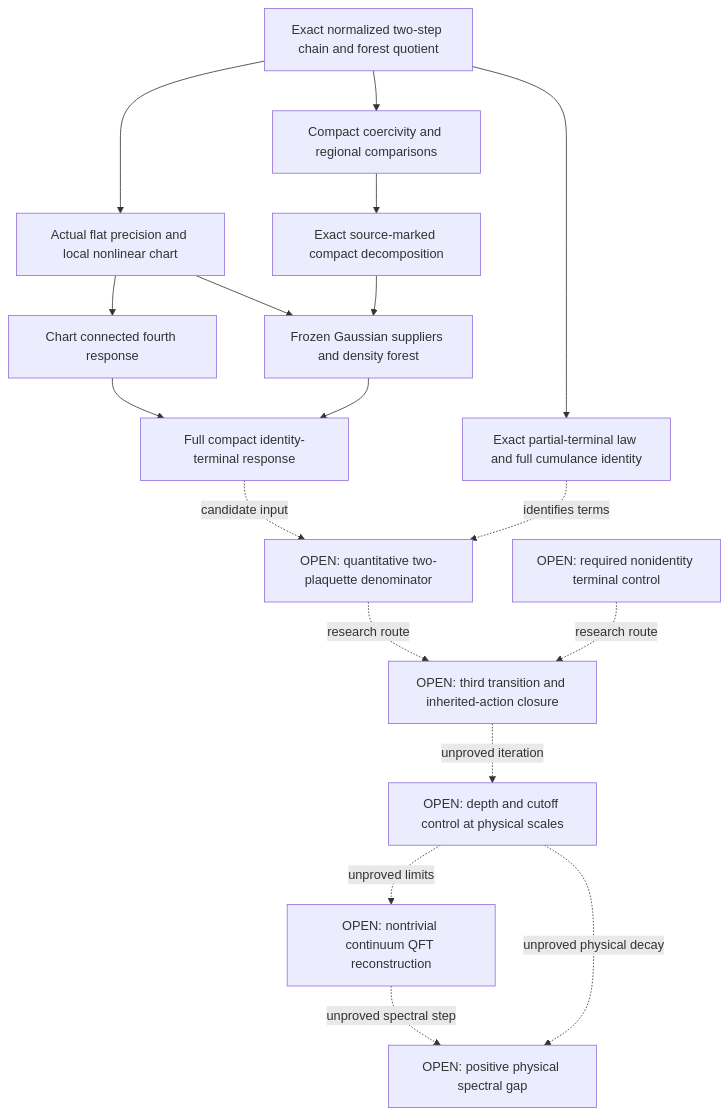
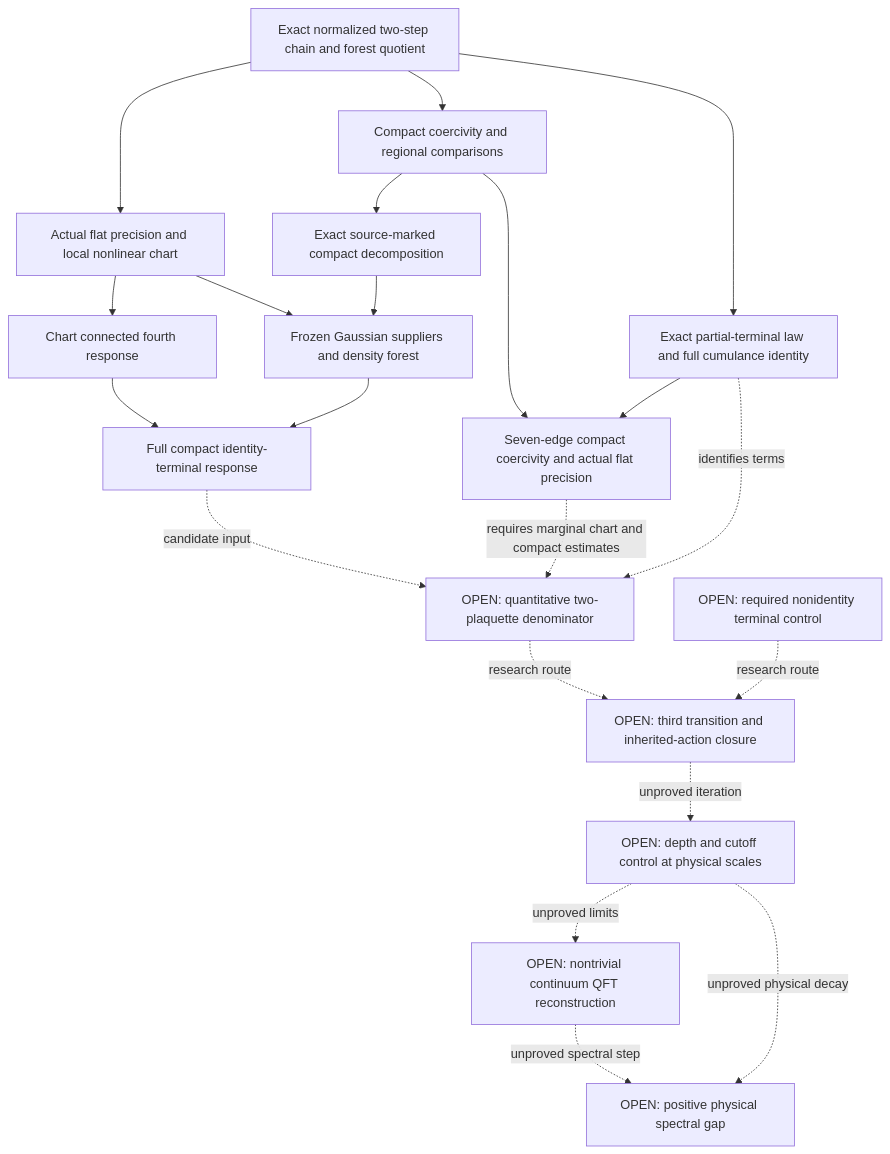
One commit to jonathonreilly/qubit-lattice-axiom-framework changed the diagram in .claude/science/physics-loops/su2-gauge-aligned-response-20261108/PROOF_TREE.md. Above: the diagram before and after it, drawn with Mermaid. The commit also changed other lines of this file and 18 other files, not shown here.

Commit message:
Prove compact coercivity for the SU(2) two-plaquette marginal

````diff
--- a/.claude/science/physics-loops/su2-gauge-aligned-response-20261108/PROOF_TREE.md
+++ b/.claude/science/physics-loops/su2-gauge-aligned-response-20261108/PROOF_TREE.md
@@ -24,34 +25,38 @@
 ```mermaid
 flowchart TD
   E[Exact normalized two-step chain and forest quotient]
   H[Actual flat precision and local nonlinear chart]
   C[Chart connected fourth response]
   R[Compact coercivity and regional comparisons]
   P[Exact source-marked compact decomposition]
   G[Frozen Gaussian suppliers and density forest]
   B[Full compact identity-terminal response]
   Q[Exact partial-terminal law and full cumulance identity]
+  K[Seven-edge compact coercivity and actual flat precision]
   D[OPEN: quantitative two-plaquette denominator]
   V[OPEN: required nonidentity terminal control]
   T[OPEN: third transition and inherited-action closure]
   S[OPEN: depth and cutoff control at physical scales]
   X[OPEN: nontrivial continuum QFT reconstruction]
   M[OPEN: positive physical spectral gap]
   E --> H
   H --> C
   E --> R
   R --> P
   H --> G
   P --> G
   C --> B
   G --> B
   E --> Q
+  R --> K
+  Q --> K
   B -. candidate input .-> D
   Q -. identifies terms .-> D
+  K -. requires marginal chart and compact estimates .-> D
   D -. research route .-> T
   V -. research route .-> T
   T -. unproved iteration .-> S
   S -. unproved limits .-> X
   X -. unproved spectral step .-> M
   S -. unproved physical decay .-> M
 ```
````
